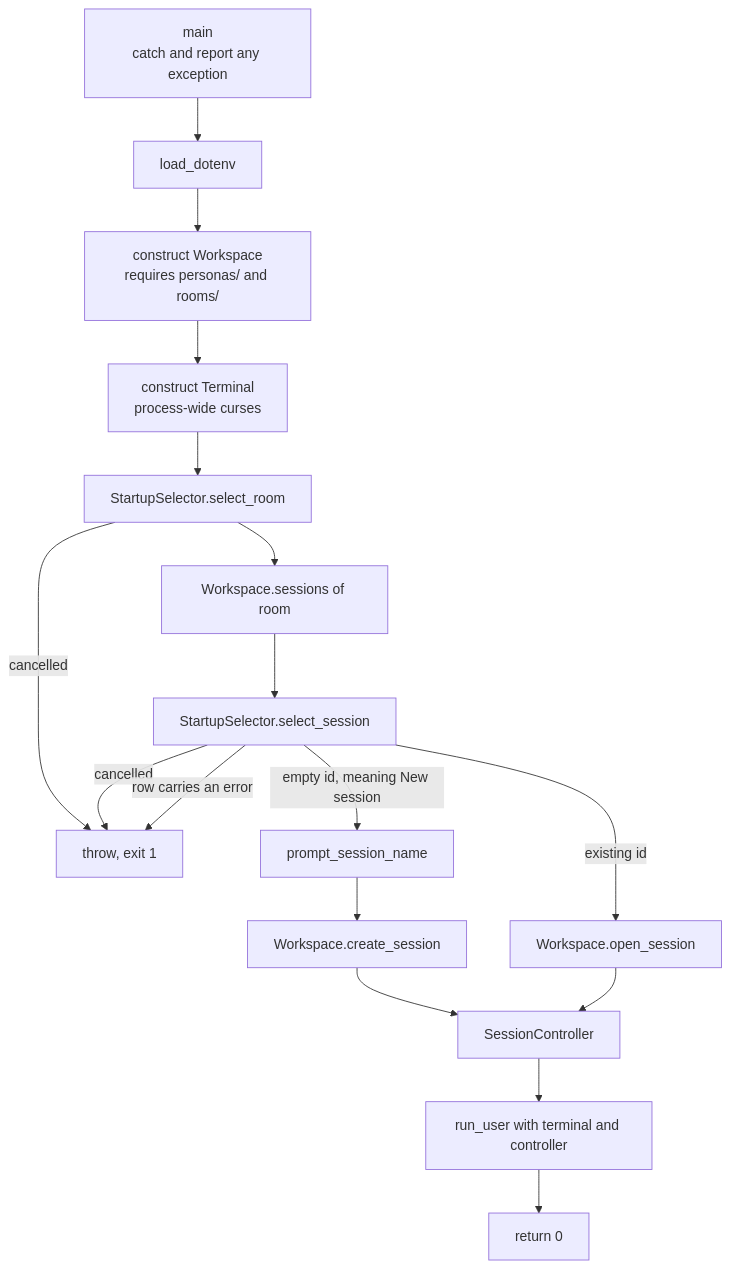
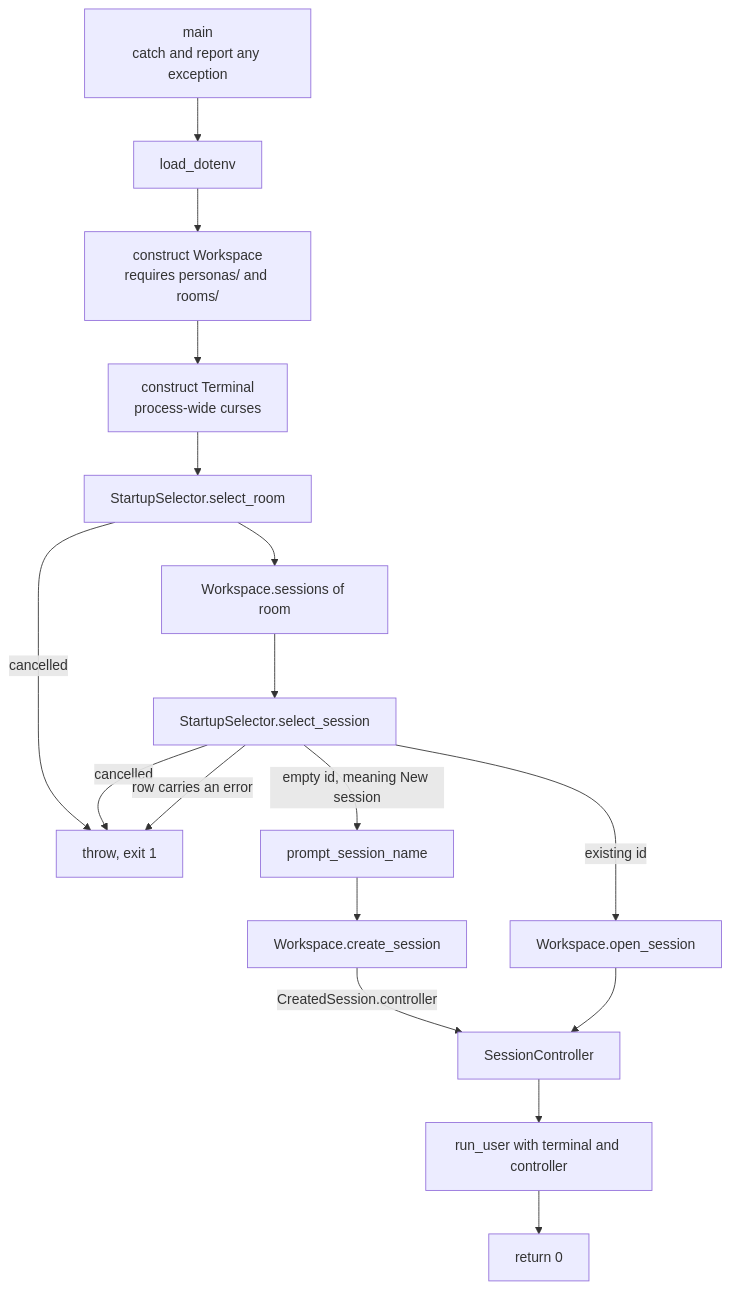
One commit to michaelpopov/cha changed the diagram in src/apps/README.md. Above: the diagram before and after it, drawn with Mermaid. The commit also changed other lines of this file and 28 other files, not shown here.

````diff
--- a/src/apps/README.md
+++ b/src/apps/README.md
@@ -17,19 +17,19 @@
 ```mermaid
 flowchart TD
     a["main<br/>catch and report any exception"] --> b["load_dotenv"]
     b --> c["construct Workspace<br/>requires personas/ and rooms/"]
     c --> d["construct Terminal<br/>process-wide curses"]
     d --> e["StartupSelector.select_room"]
     e -->|"cancelled"| x["throw, exit 1"]
     e --> f["Workspace.sessions of room"]
     f --> g["StartupSelector.select_session"]
     g -->|"cancelled"| x
     g -->|"row carries an error"| x
     g -->|"empty id, meaning New session"| h["prompt_session_name"]
     h --> i["Workspace.create_session"]
     g -->|"existing id"| j["Workspace.open_session"]
-    i --> k["SessionController"]
+    i -->|"CreatedSession.controller"| k["SessionController"]
     j --> k
     k --> l["run_user with terminal and controller"]
     l --> m["return 0"]
 ```
````
